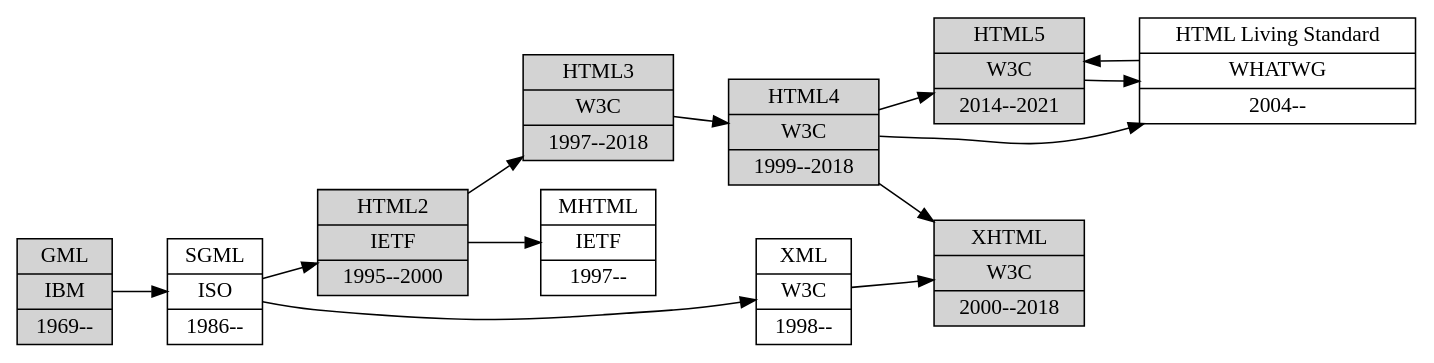
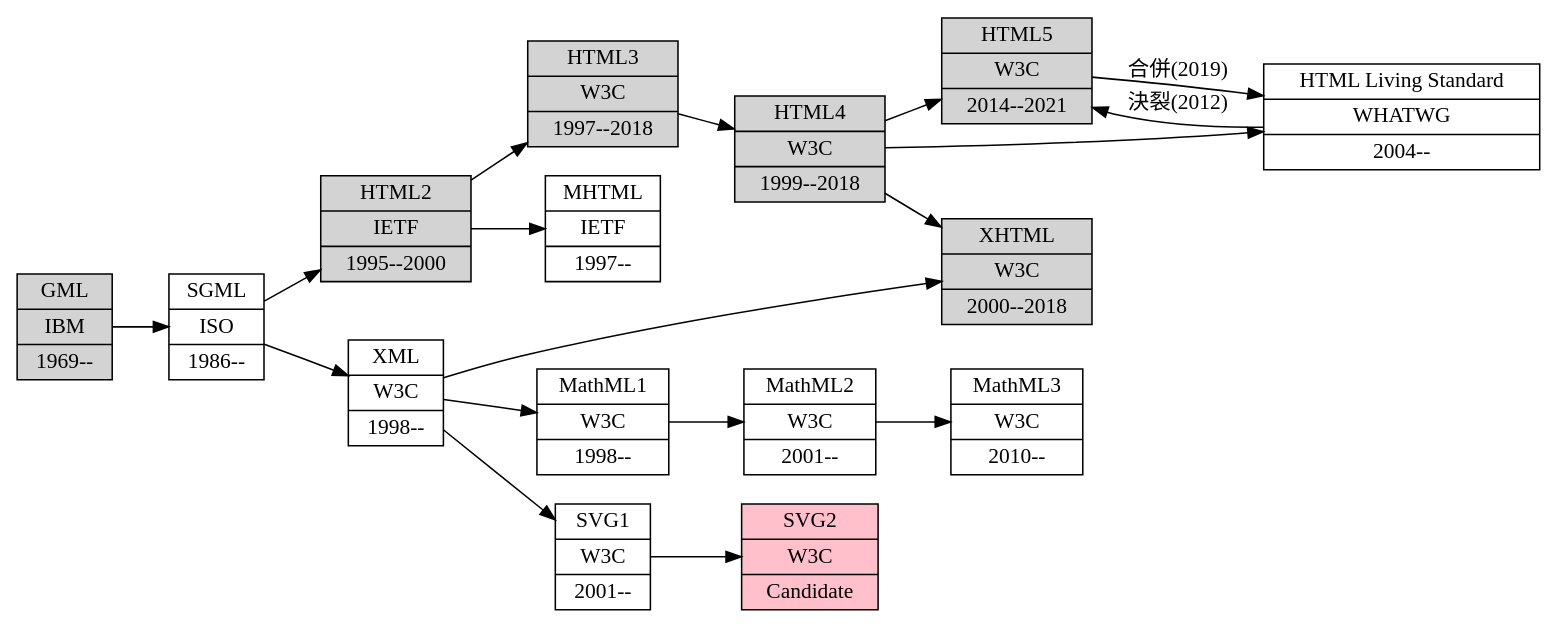
One commit to AAAR-Salmon/basic-web-development changed the diagram in misc/html-phylogenetic-tree.dot. Above: the diagram before and after it, drawn with Graphviz. The commit also changed 1 other file, not shown here.

Commit message:
Add: 図にXML関連方言を追加

```diff
--- a/misc/html-phylogenetic-tree.dot
+++ b/misc/html-phylogenetic-tree.dot
@@ -1,22 +1,30 @@
 digraph {
   rankdir=LR
 
   node [shape=record]
 
   GML[label="GML|IBM|1969--" style="solid,filled" fillcolor="lightgray"]
   SGML[label="SGML|ISO|1986--"]
   HTML2[label="HTML2|IETF|1995--2000" style="solid,filled" fillcolor="lightgray"]
   HTML3[label="HTML3|W3C|1997--2018" style="solid,filled" fillcolor="lightgray"]
   HTML4[label="HTML4|W3C|1999--2018" style="solid,filled" fillcolor="lightgray"]
   HTML5[label="HTML5|W3C|2014--2021" style="solid,filled" fillcolor="lightgray"]
   HTMLLS[label="HTML Living Standard|WHATWG|2004--"]
   XML[label="XML|W3C|1998--"]
   XHTML[label="XHTML|W3C|2000--2018" style="solid,filled" fillcolor="lightgray"]
   MHTML[label="MHTML|IETF|1997--"]
+  MathML1[label="MathML1|W3C|1998--"]
+  MathML2[label="MathML2|W3C|2001--"]
+  MathML3[label="MathML3|W3C|2010--"]
+  SVG1[label="SVG1|W3C|2001--"]
+  SVG2[label="SVG2|W3C|Candidate" style="solid,filled" fillcolor="pink"]
 
   GML -> SGML -> {HTML2 XML}
   HTML2 -> HTML3 -> HTML4 -> {HTMLLS HTML5}
-  HTMLLS -> HTML5 -> HTMLLS
+  HTMLLS -> HTML5 [label="決裂(2012)"]
+  HTML5 -> HTMLLS [label="合併(2019)"]
   {HTML4 XML} -> XHTML
   HTML2 -> MHTML
+  XML -> MathML1 -> MathML2 -> MathML3
+  XML -> SVG1 -> SVG2
 }
```
